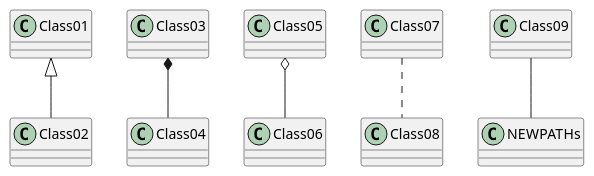
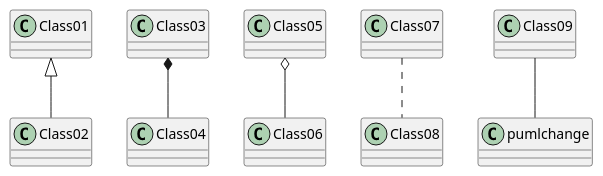
Before and after one commit to weichware10/meilensteine: the diagram in meilenstein_03/test.puml, drawn with PlantUML.

Commit message:
pumlchange

```diff
--- a/meilenstein_03/test.puml
+++ b/meilenstein_03/test.puml
@@ -1,7 +1,7 @@
 @startuml test
 Class01 <|-- Class02
 Class03 *-- Class04
 Class05 o-- Class06
 Class07 .. Class08
-Class09 -- NEWPATHs
+Class09 -- pumlchange
 @enduml
```
